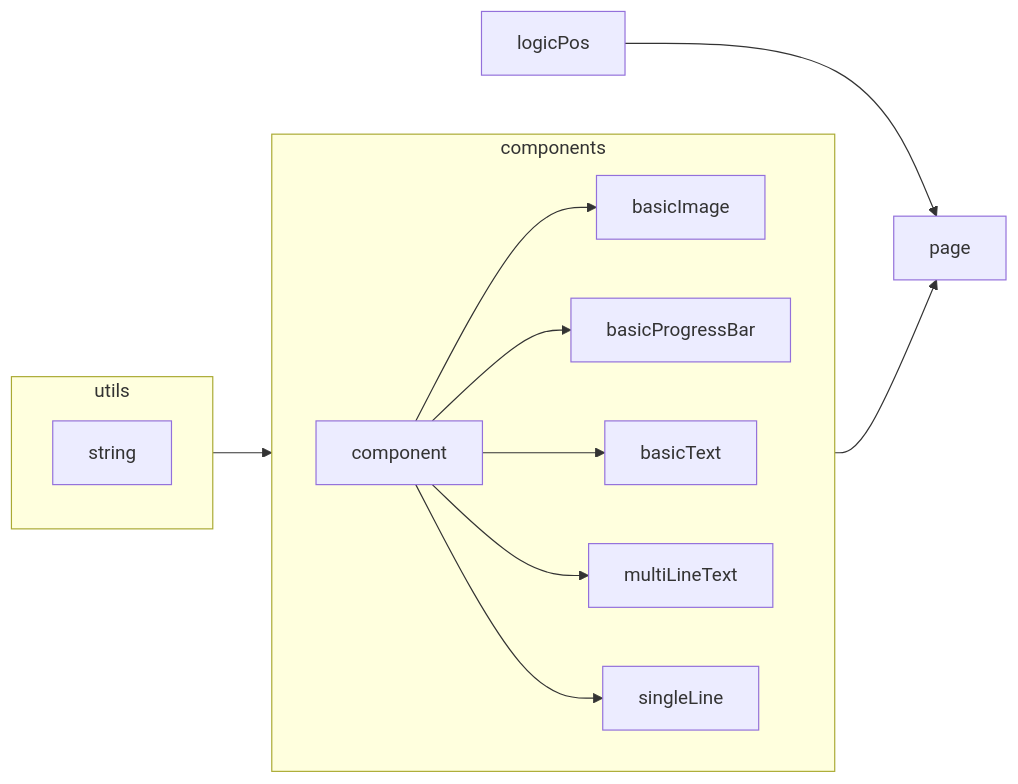
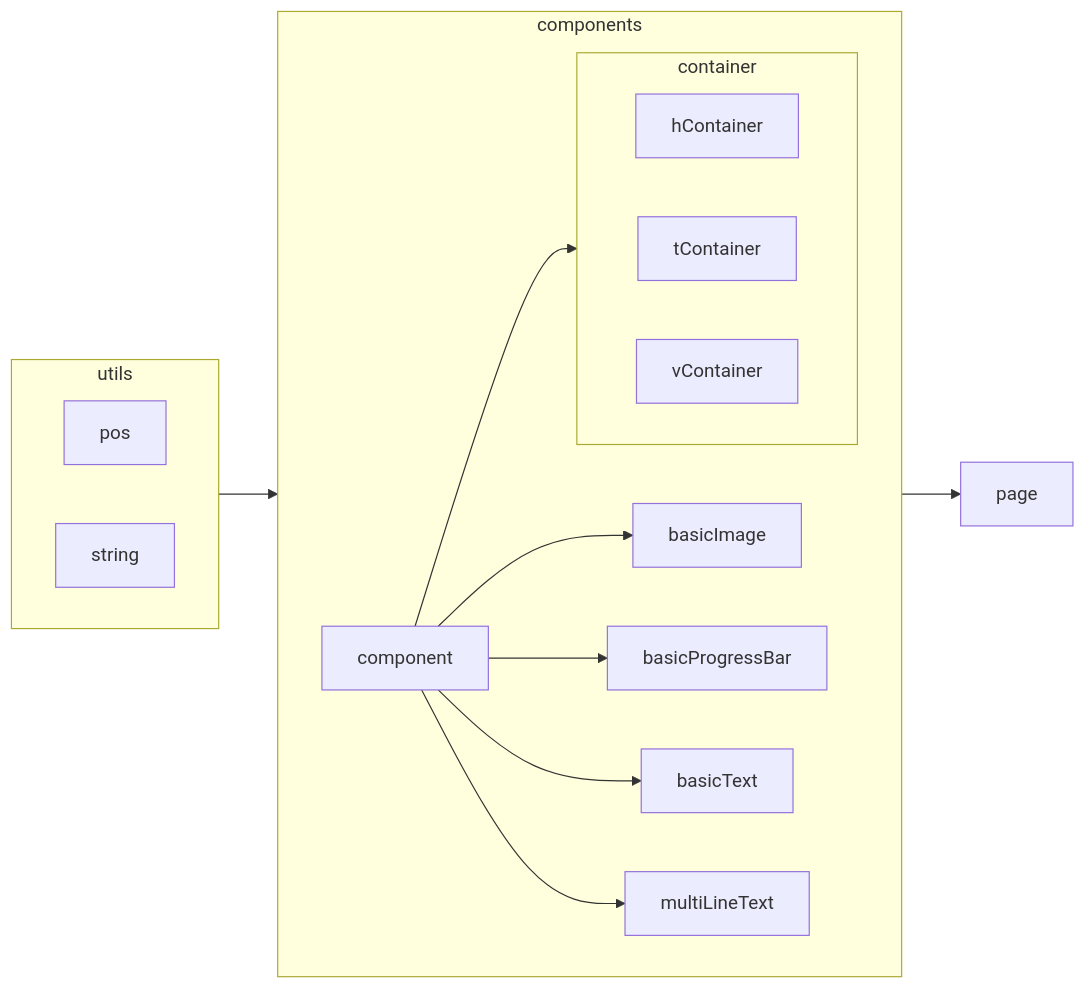
The diagram in README.md (jimmy-sketch/chen_cppcguilib), drawn with Mermaid before and after one commit. The commit also changed 13 other files, not shown here.

`````diff
--- a/README.md
+++ b/README.md
@@ -24,19 +24,27 @@
-````mermaid 
+```mermaid 
 graph LR
     subgraph utils
+        direction LR
+        pos
         string
     end
     utils --> components
 
     subgraph components
         direction LR
         component --> basicImage
         component --> basicProgressBar
         component --> basicText
         component --> multiLineText
-        component --> singleLine
+        component --> container
+        
+        subgraph container
+            direction LR
+            hContainer
+            tContainer
+            vContainer
+        end
     end
 
     components --> page
-    logicPos --> page
-````
+```
`````
